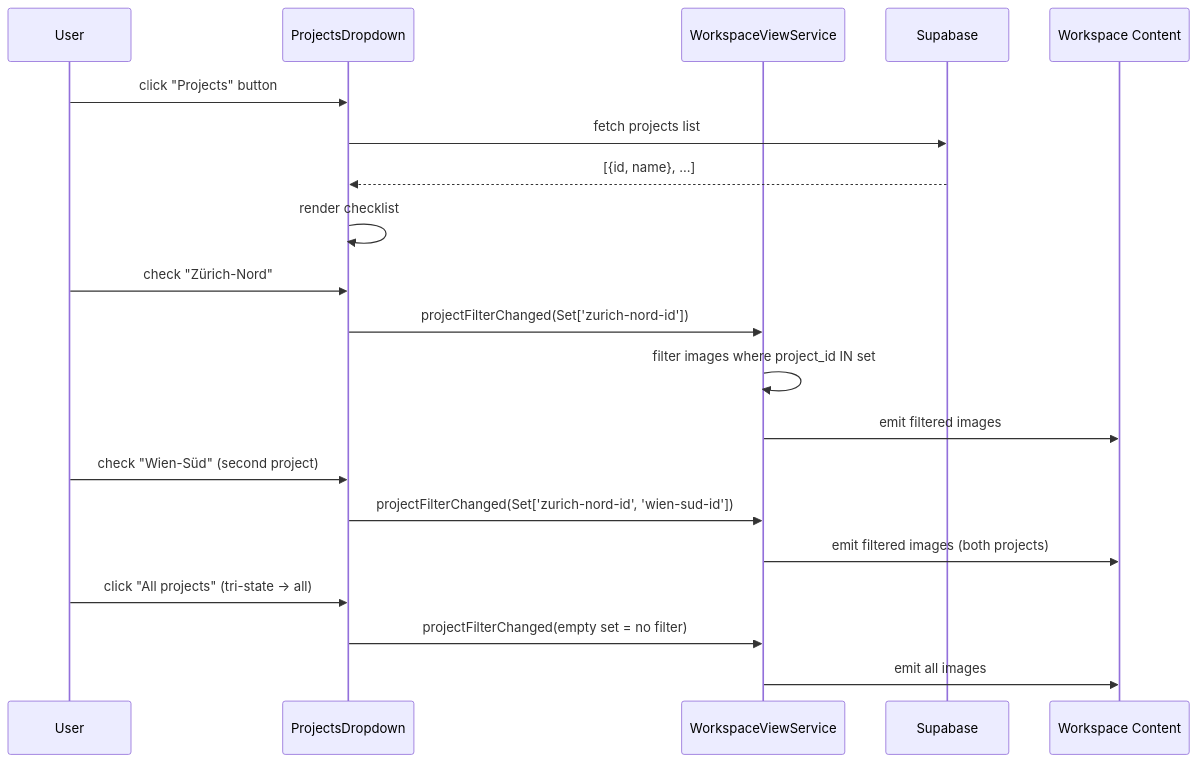
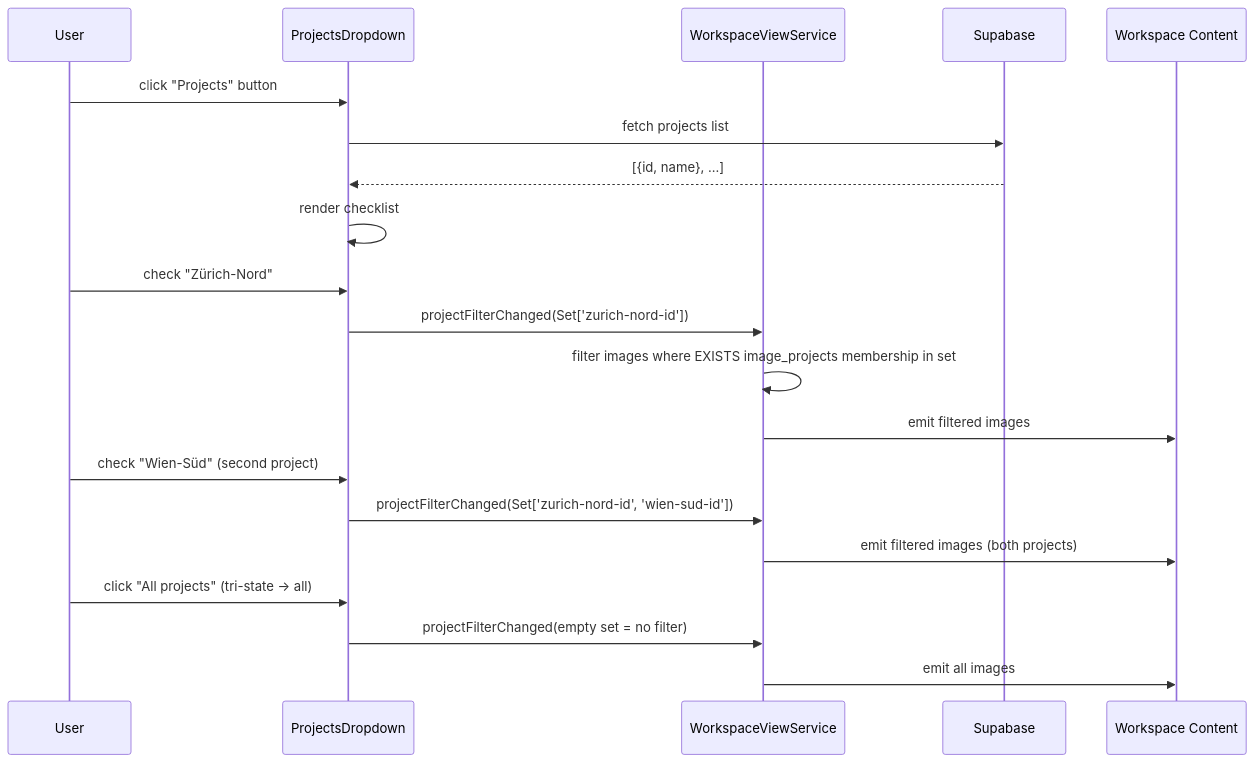
The second of 7 diagrams in docs/element-specs/projects-dropdown.md (matkleve/feldpost), drawn with Mermaid before and after one commit. The commit also changed other lines of this file and 28 other files, not shown here.

First line of the commit message:
feat: implement multi-project membership for images

````diff
--- a/docs/element-specs/projects-dropdown.md
+++ b/docs/element-specs/projects-dropdown.md
@@ -105,26 +105,26 @@
 ```mermaid
 sequenceDiagram
     participant U as User
     participant PD as ProjectsDropdown
     participant WVS as WorkspaceViewService
     participant Supa as Supabase
     participant WP as Workspace Content
 
     U->>PD: click "Projects" button
     PD->>Supa: fetch projects list
     Supa-->>PD: [{id, name}, ...]
     PD->>PD: render checklist
 
     U->>PD: check "Zürich-Nord"
     PD->>WVS: projectFilterChanged(Set['zurich-nord-id'])
-    WVS->>WVS: filter images where project_id IN set
+    WVS->>WVS: filter images where EXISTS image_projects membership in set
     WVS->>WP: emit filtered images
 
     U->>PD: check "Wien-Süd" (second project)
     PD->>WVS: projectFilterChanged(Set['zurich-nord-id', 'wien-sud-id'])
     WVS->>WP: emit filtered images (both projects)
 
     U->>PD: click "All projects" (tri-state → all)
     PD->>WVS: projectFilterChanged(empty set = no filter)
     WVS->>WP: emit all images
 ```
````
